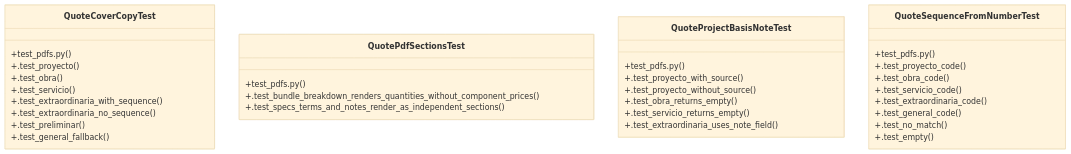
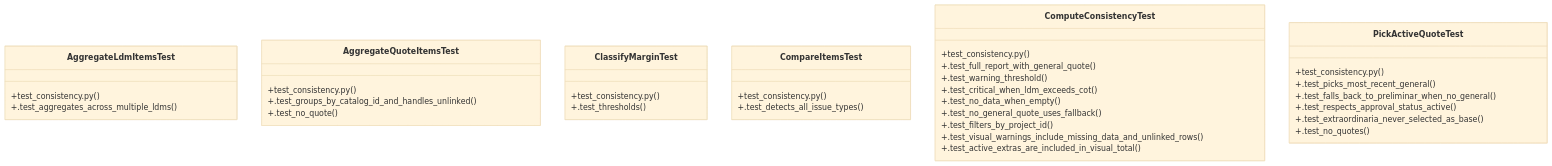
The diagram in graphify-out/wiki/Community_8.md (Daftrick/ProjectTracker), drawn with Mermaid (base theme) before and after one commit. The commit also changed other lines of this file and 413 other files, not shown here.

````diff
--- a/graphify-out/wiki/Community_8.md
+++ b/graphify-out/wiki/Community_8.md
@@ -36,36 +36,39 @@
 ```mermaid
 classDiagram
-    class QuoteCoverCopyTest {
-        +test_pdfs.py()
-        +.test_proyecto()
-        +.test_obra()
-        +.test_servicio()
-        +.test_extraordinaria_with_sequence()
-        +.test_extraordinaria_no_sequence()
-        +.test_preliminar()
-        +.test_general_fallback()
+    class AggregateLdmItemsTest {
+        +test_consistency.py()
+        +.test_aggregates_across_multiple_ldms()
     }
-    class QuotePdfSectionsTest {
-        +test_pdfs.py()
-        +.test_bundle_breakdown_renders_quantities_without_component_prices()
-        +.test_specs_terms_and_notes_render_as_independent_sections()
+    class AggregateQuoteItemsTest {
+        +test_consistency.py()
+        +.test_groups_by_catalog_id_and_handles_unlinked()
+        +.test_no_quote()
     }
-    class QuoteProjectBasisNoteTest {
-        +test_pdfs.py()
-        +.test_proyecto_with_source()
-        +.test_proyecto_without_source()
-        +.test_obra_returns_empty()
-        +.test_servicio_returns_empty()
-        +.test_extraordinaria_uses_note_field()
+    class ClassifyMarginTest {
+        +test_consistency.py()
+        +.test_thresholds()
     }
-    class QuoteSequenceFromNumberTest {
-        +test_pdfs.py()
-        +.test_proyecto_code()
-        +.test_obra_code()
-        +.test_servicio_code()
-        +.test_extraordinaria_code()
-        +.test_general_code()
-        +.test_no_match()
-        +.test_empty()
+    class CompareItemsTest {
+        +test_consistency.py()
+        +.test_detects_all_issue_types()
+    }
+    class ComputeConsistencyTest {
+        +test_consistency.py()
+        +.test_full_report_with_general_quote()
+        +.test_warning_threshold()
+        +.test_critical_when_ldm_exceeds_cot()
+        +.test_no_data_when_empty()
+        +.test_no_general_quote_uses_fallback()
+        +.test_filters_by_project_id()
+        +.test_visual_warnings_include_missing_data_and_unlinked_rows()
+        +.test_active_extras_are_included_in_visual_total()
+    }
+    class PickActiveQuoteTest {
+        +test_consistency.py()
+        +.test_picks_most_recent_general()
+        +.test_falls_back_to_preliminar_when_no_general()
+        +.test_respects_approval_status_active()
+        +.test_extraordinaria_never_selected_as_base()
+        +.test_no_quotes()
     }
 ```
````
